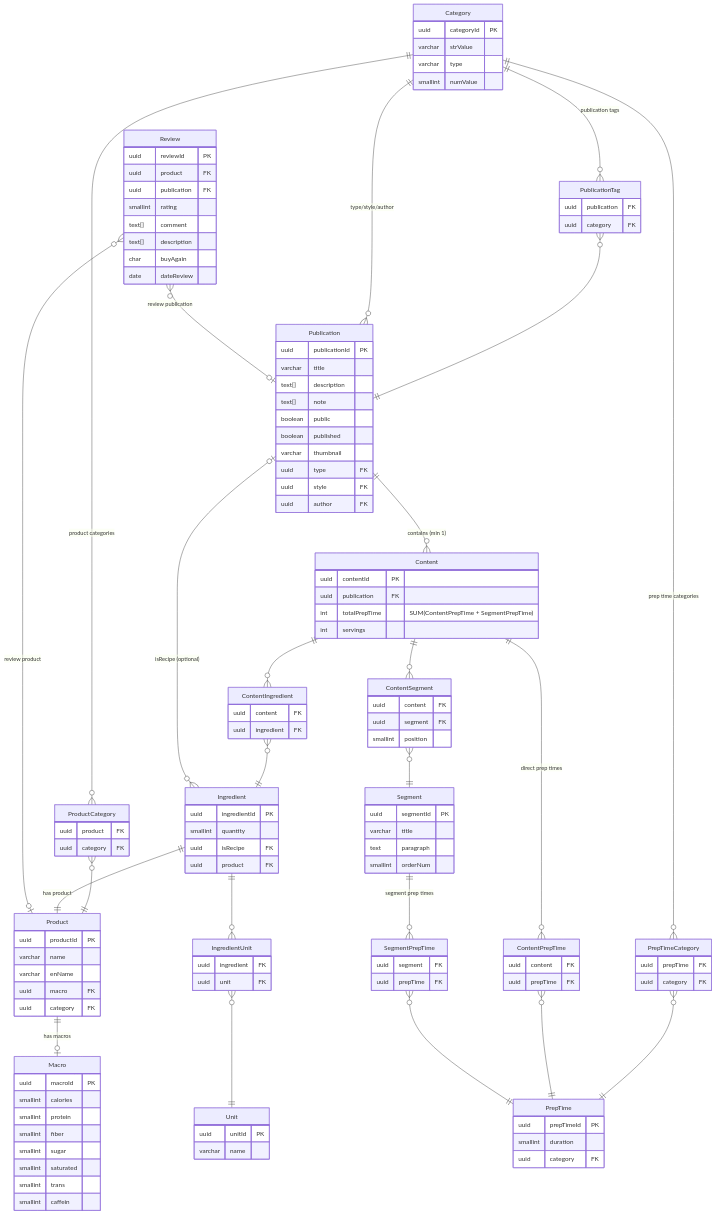
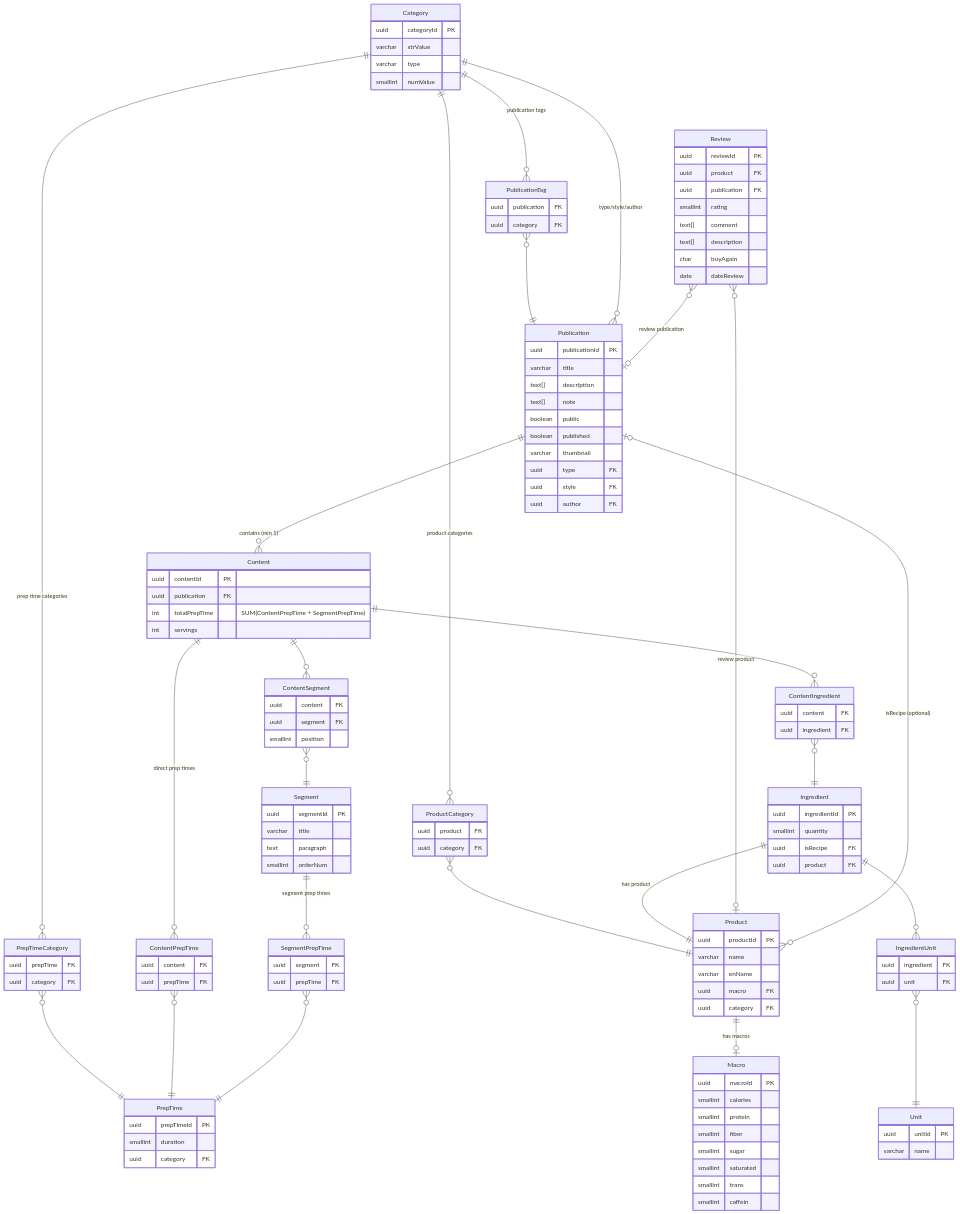
The diagram in sql/simplified-vue.mmd (Dratharias/kitchen-cabinet), drawn with Mermaid before and after one commit. The commit also changed 19 other files, not shown here.

```diff
--- a/sql/simplified-vue.mmd
+++ b/sql/simplified-vue.mmd
@@ -1,171 +1,171 @@
 erDiagram
     Category {
         uuid categoryId PK
         varchar strValue
         varchar type
         smallint numValue
     }
     
     Publication {
         uuid publicationId PK
         varchar title
         text[] description
         text[] note
         boolean public
         boolean published
         varchar thumbnail
         uuid type FK
         uuid style FK
         uuid author FK
     }
     
     Content {
         uuid contentId PK
         uuid publication FK
         int totalPrepTime "SUM(ContentPrepTime + SegmentPrepTime)"
         int servings
     }
     
     Segment {
         uuid segmentId PK
         varchar title
         text paragraph
         smallint orderNum
     }
     
     PrepTime {
         uuid prepTimeId PK
         smallint duration
         uuid category FK
     }
     
     Ingredient {
         uuid ingredientId PK
         smallint quantity
         uuid isRecipe FK
         uuid product FK
     }
     
     Product {
         uuid productId PK
         varchar name
         varchar enName
         uuid macro FK
         uuid category FK
     }
     
     Unit {
         uuid unitId PK
         varchar name
     }
     
     Macro {
         uuid macroId PK
         smallint calories
         smallint protein
         smallint fiber
         smallint sugar
         smallint saturated
         smallint trans
         smallint caffein
     }
     
     Review {
         uuid reviewId PK
         uuid product FK
         uuid publication FK
         smallint rating
         text[] comment
         text[] description
         char buyAgain
         date dateReview
     }
     
     %% Junction Tables
     ContentSegment {
         uuid content FK
         uuid segment FK
         smallint position
     }
     
     ContentIngredient {
         uuid content FK
         uuid ingredient FK
     }
     
     ContentPrepTime {
         uuid content FK
         uuid prepTime FK
     }
     
     SegmentPrepTime {
         uuid segment FK
         uuid prepTime FK
     }
     
     IngredientUnit {
         uuid ingredient FK
         uuid unit FK
     }
     
     PublicationTag {
         uuid publication FK
         uuid category FK
     }
     
     ProductCategory {
         uuid product FK
         uuid category FK
     }
     
     PrepTimeCategory {
         uuid prepTime FK
         uuid category FK
     }
 
     %% ===========================
     %% RELATIONS & CALCULATION FLOW
     %% ===========================
     
     %% Category relations via junction tables
     Category ||--o{ PublicationTag : "publication tags"
     PublicationTag }o--|| Publication : ""
     
     Category ||--o{ ProductCategory : "product categories"
     ProductCategory }o--|| Product : ""
     
     Category ||--o{ PrepTimeCategory : "prep time categories"
     PrepTimeCategory }o--|| PrepTime : ""
     
     %% Direct Category FK relations (type/style/author)
     Category ||--o{ Publication : "type/style/author"
     
     %% Publication -> Content (1:N, minimum 1)
     Publication ||--o{ Content : "contains (min 1)"
     
     %% Content relations (M:N via junction tables)
     Content ||--o{ ContentSegment : ""
     ContentSegment }o--|| Segment : ""
     
     Content ||--o{ ContentIngredient : ""
     ContentIngredient }o--|| Ingredient : ""
     
     Content ||--o{ ContentPrepTime : "direct prep times"
     ContentPrepTime }o--|| PrepTime : ""
     
     %% Segment -> PrepTime (M:N) - KEY FOR CALCULATION
     Segment ||--o{ SegmentPrepTime : "segment prep times"
     SegmentPrepTime }o--|| PrepTime : ""
     
     %% Ingredient relations
     Ingredient ||--|| Product : "has product"
     Ingredient ||--o{ IngredientUnit : ""
     IngredientUnit }o--|| Unit : ""
-    Ingredient }o--o| Publication : "isRecipe (optional)"
+    Product }o--o| Publication : "isRecipe (optional)"
     
     %% Product relations
     Product ||--o| Macro : "has macros"
     
     %% Review relations
     Review }o--o| Product : "review product"
     Review }o--o| Publication : "review publication"
```
